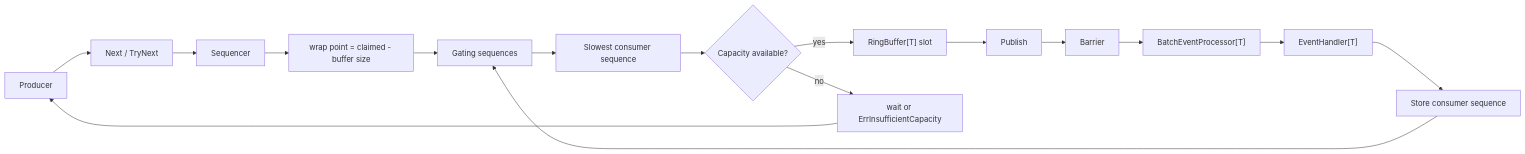
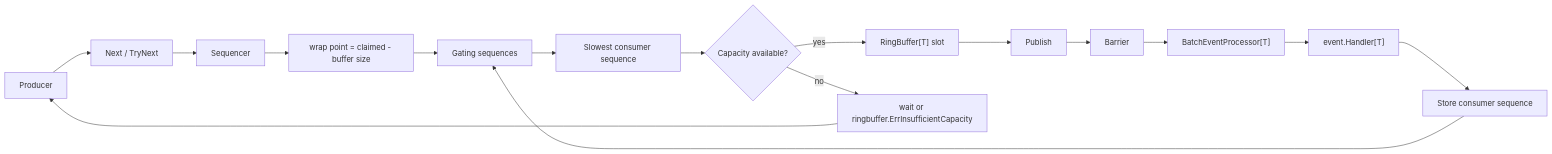
One commit to photowey/disruptor.go changed the fifth of 5 diagrams in README.md. Above: the diagram before and after it, drawn with Mermaid. The commit also changed other lines of this file and 85 other files, not shown here.

````diff
--- a/README.md
+++ b/README.md
@@ -425,18 +437,18 @@
 ```mermaid
 flowchart LR
     P["Producer"] --> Claim["Next / TryNext"]
     Claim --> S["Sequencer"]
     S --> Wrap["wrap point = claimed - buffer size"]
     Wrap --> G["Gating sequences"]
     G --> Slow["Slowest consumer sequence"]
     Slow --> Capacity{"Capacity available?"}
     Capacity -->|yes| Slot["RingBuffer[T] slot"]
-    Capacity -->|no| Wait["wait or ErrInsufficientCapacity"]
+    Capacity -->|no| Wait["wait or ringbuffer.ErrInsufficientCapacity"]
     Slot --> Pub["Publish"]
     Pub --> B["Barrier"]
     B --> EP["BatchEventProcessor[T]"]
-    EP --> H["EventHandler[T]"]
+    EP --> H["event.Handler[T]"]
     H --> Store["Store consumer sequence"]
     Store --> G
     Wait --> P
 ```
````
